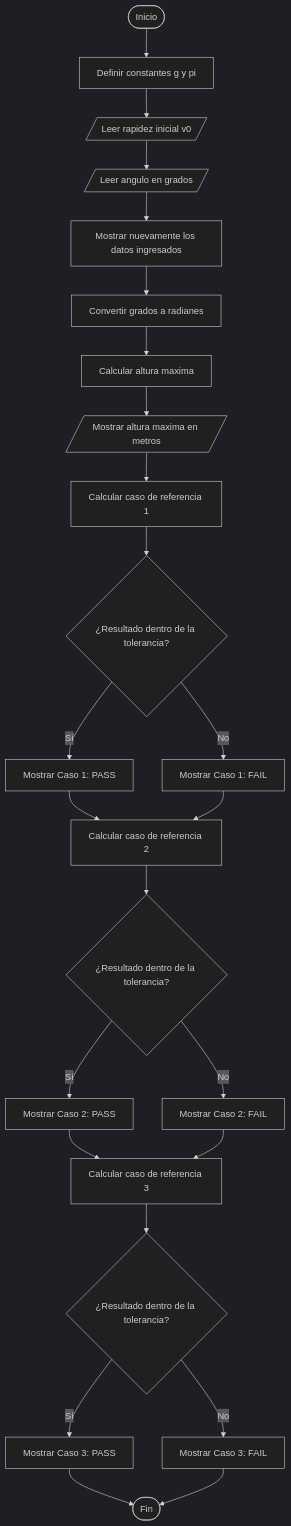
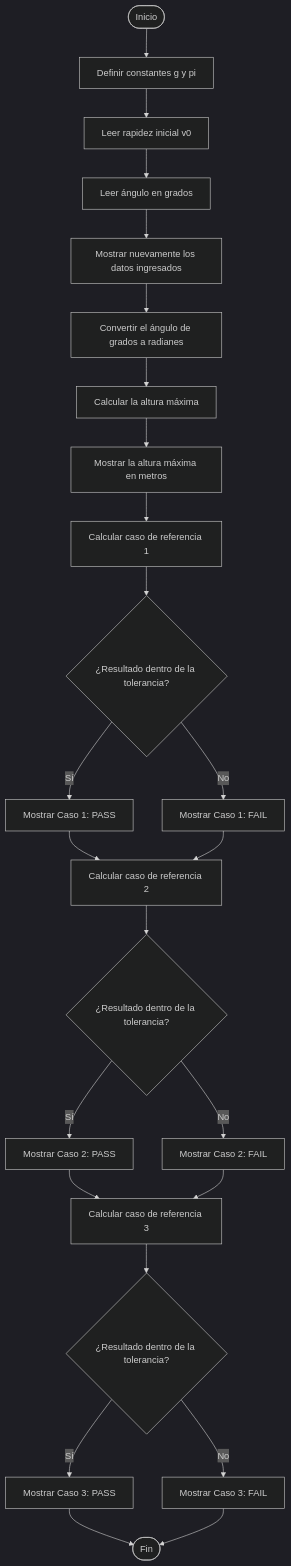
One commit to cardenascristian-web/fisica-computacional-2026ii changed the fourth of 4 diagrams in Taller_1/README.md. Above: the diagram before and after it, drawn with Mermaid (dark theme). The commit also changed other lines of this file, not shown here.

````diff
--- a/Taller_1/README.md
+++ b/Taller_1/README.md
@@ -454,42 +467,42 @@
 ```mermaid
 flowchart TD
 
-    A([Inicio]) --> B[Definir constantes g y pi]
+    A(["Inicio"]) --> B["Definir constantes g y pi"]
 
-    B --> C[/Leer rapidez inicial v0/]
-    C --> D[/Leer angulo en grados/]
+    B --> C["Leer rapidez inicial v0"]
+    C --> D["Leer ángulo en grados"]
 
-    D --> E[Mostrar nuevamente los datos ingresados]
+    D --> E["Mostrar nuevamente los datos ingresados"]
 
-    E --> F[Convertir grados a radianes]
+    E --> F["Convertir el ángulo de grados a radianes"]
 
-    F --> G[Calcular altura maxima]
+    F --> G["Calcular la altura máxima"]
 
-    G --> H[/Mostrar altura maxima en metros/]
+    G --> H["Mostrar la altura máxima en metros"]
 
-    H --> I[Calcular caso de referencia 1]
+    H --> I["Calcular caso de referencia 1"]
 
-    I --> J{¿Resultado dentro de la tolerancia?}
+    I --> J{"¿Resultado dentro de la tolerancia?"}
 
-    J -- Sí --> K[Mostrar Caso 1: PASS]
-    J -- No --> L[Mostrar Caso 1: FAIL]
+    J -- "Sí" --> K["Mostrar Caso 1: PASS"]
+    J -- "No" --> L["Mostrar Caso 1: FAIL"]
 
-    K --> M[Calcular caso de referencia 2]
+    K --> M["Calcular caso de referencia 2"]
     L --> M
 
-    M --> N{¿Resultado dentro de la tolerancia?}
+    M --> N{"¿Resultado dentro de la tolerancia?"}
 
-    N -- Sí --> O[Mostrar Caso 2: PASS]
-    N -- No --> P[Mostrar Caso 2: FAIL]
+    N -- "Sí" --> O["Mostrar Caso 2: PASS"]
+    N -- "No" --> P["Mostrar Caso 2: FAIL"]
 
-    O --> Q[Calcular caso de referencia 3]
+    O --> Q["Calcular caso de referencia 3"]
     P --> Q
 
-    Q --> R{¿Resultado dentro de la tolerancia?}
+    Q --> R{"¿Resultado dentro de la tolerancia?"}
 
-    R -- Sí --> S[Mostrar Caso 3: PASS]
-    R -- No --> T[Mostrar Caso 3: FAIL]
+    R -- "Sí" --> S["Mostrar Caso 3: PASS"]
+    R -- "No" --> T["Mostrar Caso 3: FAIL"]
 
-    S --> U([Fin])
+    S --> U(["Fin"])
     T --> U
 ```
````
